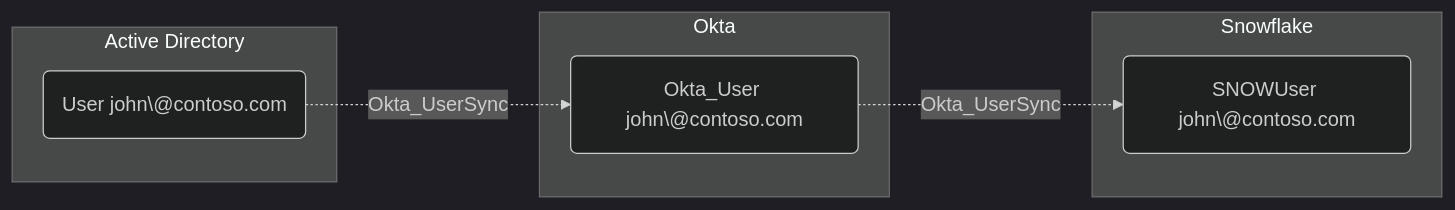
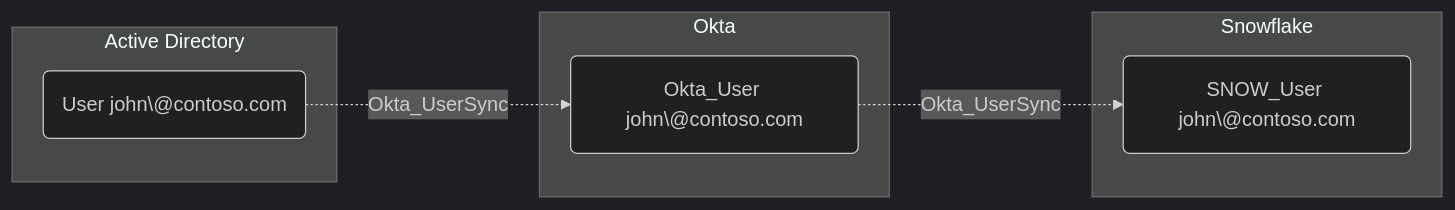
Before and after one commit to SpecterOps/OktaHound: the diagram in Documentation/EdgeDescriptions/Okta_UserSync.md, drawn with Mermaid (dark theme). The commit also changed other lines of this file and 14 other files, not shown here.

````diff
--- a/Documentation/EdgeDescriptions/Okta_UserSync.md
+++ b/Documentation/EdgeDescriptions/Okta_UserSync.md
@@ -12,14 +12,14 @@
 ```mermaid
 graph LR
     subgraph ad["Active Directory"]
         adu1("User john\@contoso.com")
     end
     subgraph okta["Okta"]
         u1("Okta_User john\@contoso.com")
         adu1 -. Okta_UserSync .-> u1
     end
     subgraph snowflake["Snowflake"]
-        snu1("SNOWUser john\@contoso.com")
+        snu1("SNOW_User john\@contoso.com")
         u1 -. Okta_UserSync .-> snu1
     end
 ```
````
